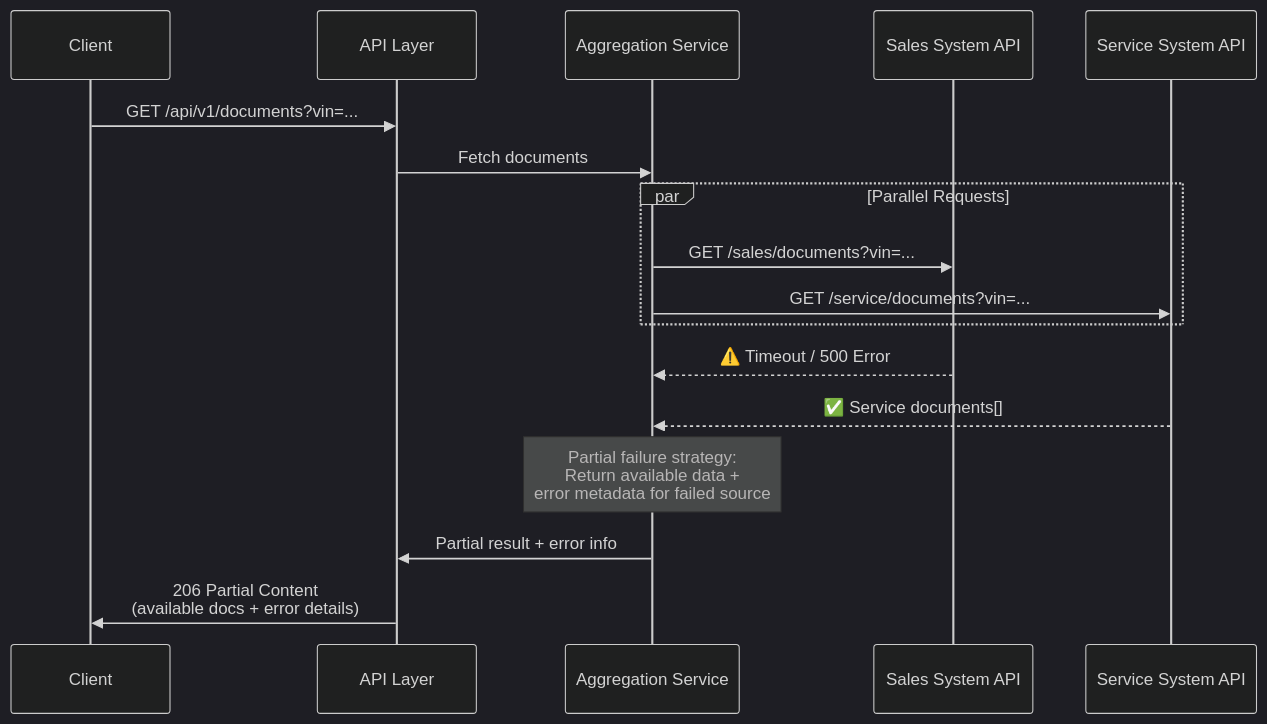
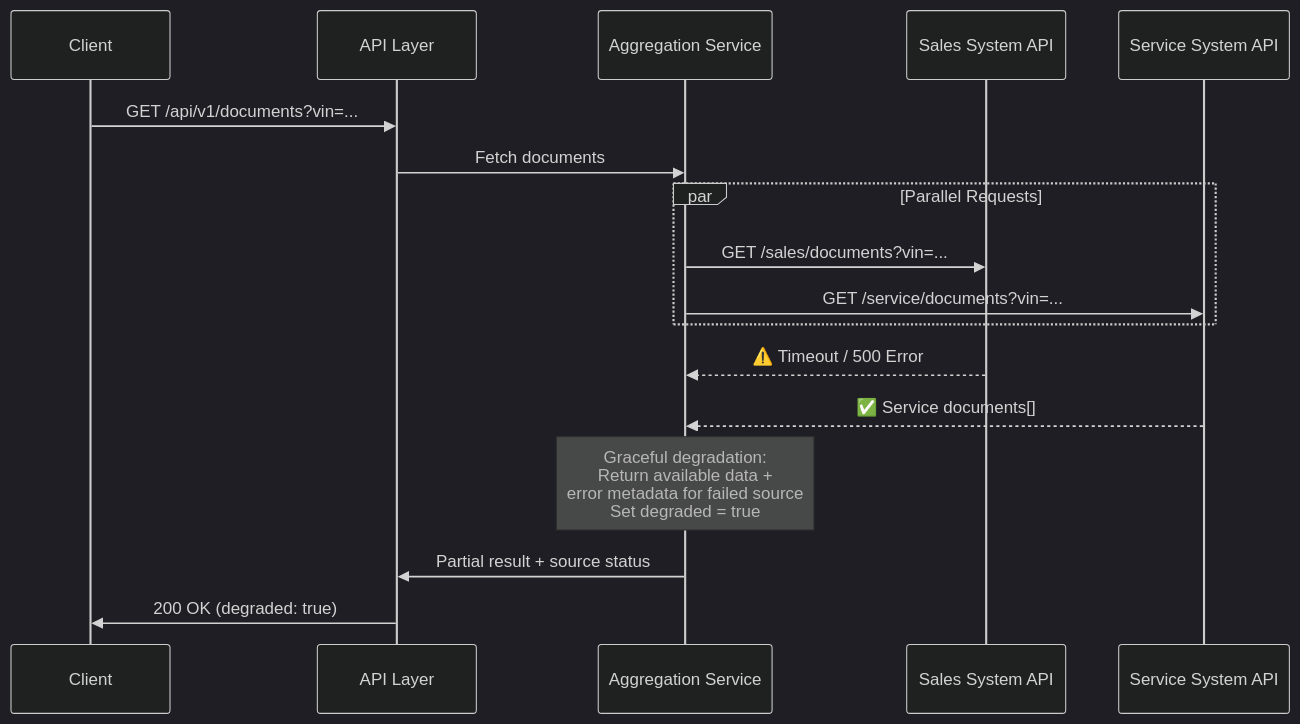
The third of 5 diagrams in docs/SYSTEM_DESIGN.md (Hodnduy/unified-document-viewer), drawn with Mermaid (dark theme) before and after one commit. The commit also changed other lines of this file, not shown here.

````diff
--- a/docs/SYSTEM_DESIGN.md
+++ b/docs/SYSTEM_DESIGN.md
@@ -134,24 +136,24 @@
 ```mermaid
 sequenceDiagram
     participant C as Client
     participant API as API Layer
     participant AGG as Aggregation Service
     participant SALES as Sales System API
     participant SVC as Service System API
 
     C->>API: GET /api/v1/documents?vin=...
     API->>AGG: Fetch documents
 
     par Parallel Requests
         AGG->>SALES: GET /sales/documents?vin=...
         AGG->>SVC: GET /service/documents?vin=...
     end
 
     SALES-->>AGG: ⚠️ Timeout / 500 Error
     SVC-->>AGG: ✅ Service documents[]
 
-    Note over AGG: Partial failure strategy:<br/>Return available data +<br/>error metadata for failed source
+    Note over AGG: Graceful degradation:<br/>Return available data +<br/>error metadata for failed source<br/>Set degraded = true
 
-    AGG->>API: Partial result + error info
-    API->>C: 206 Partial Content<br/>(available docs + error details)
+    AGG->>API: Partial result + source status
+    API->>C: 200 OK (degraded: true)
 ```
````
